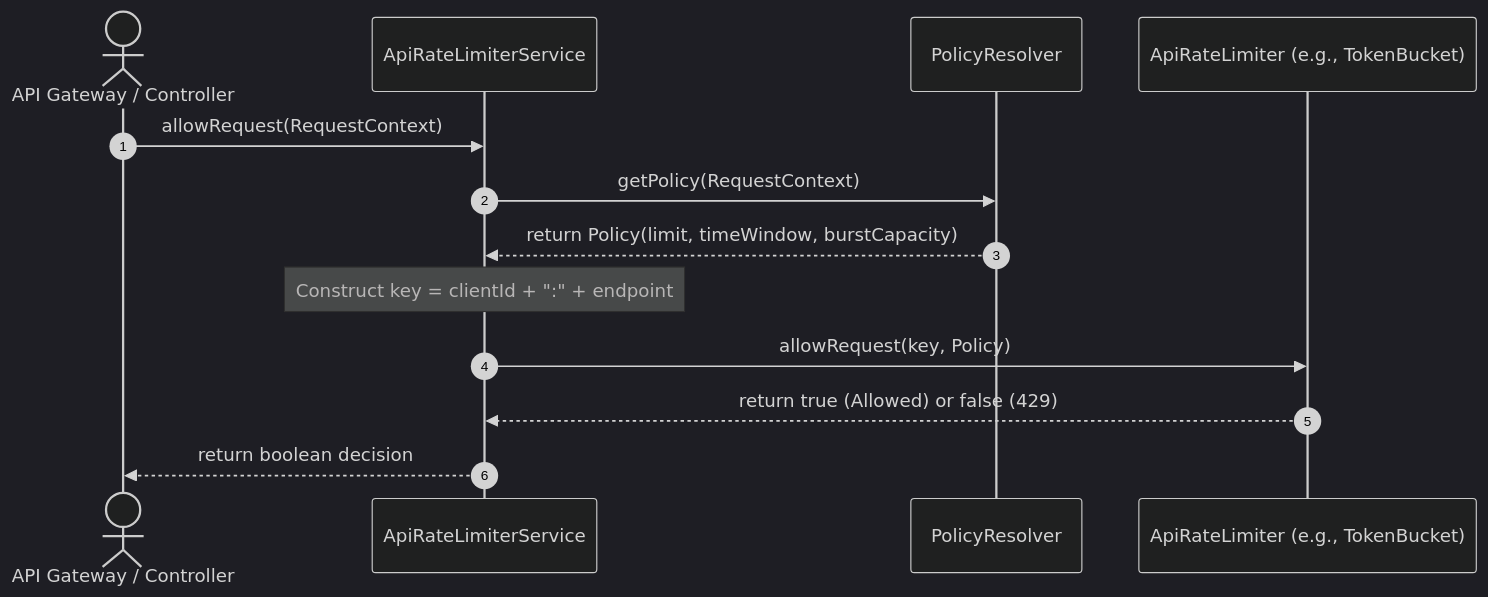
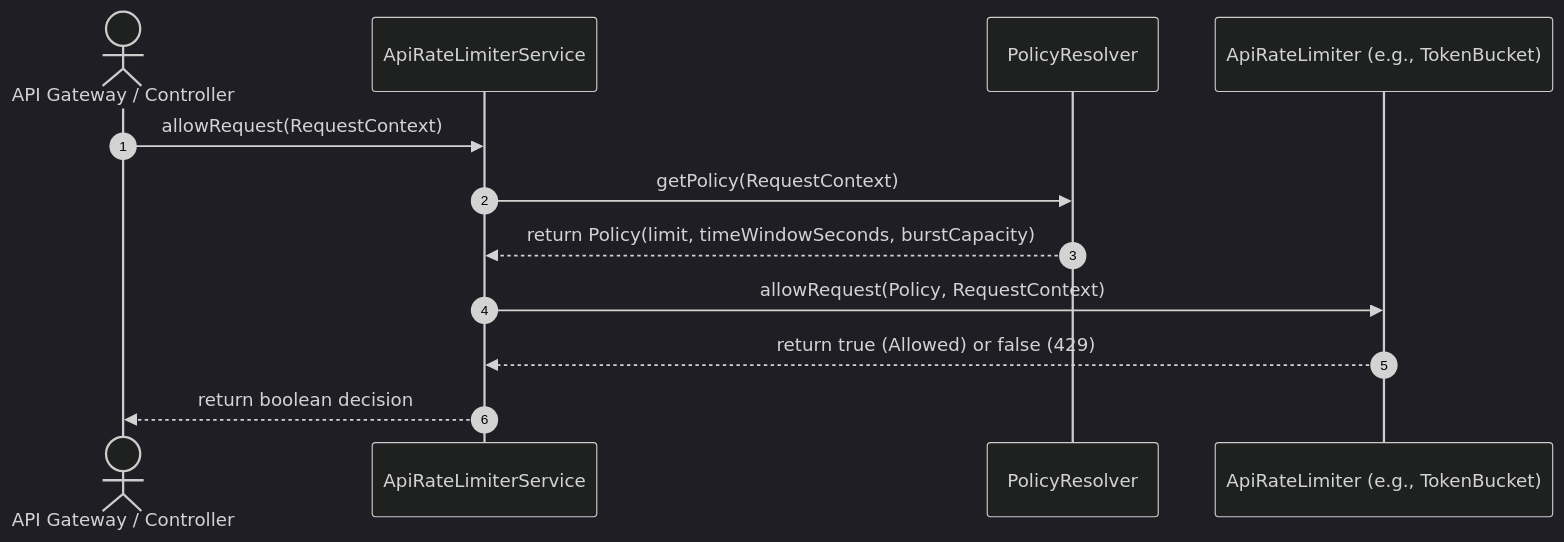
The third of 5 diagrams in api-rate-limiter/api-rate-limiter-lld/README.md (JyotimoyKashyap/system-design-labs), drawn with Mermaid (dark theme) before and after one commit. The commit also changed other lines of this file and 6 other files, not shown here.

````diff
--- a/api-rate-limiter/api-rate-limiter-lld/README.md
+++ b/api-rate-limiter/api-rate-limiter-lld/README.md
@@ -342,16 +360,15 @@
 ```mermaid
 sequenceDiagram
     autonumber
     actor Client as API Gateway / Controller
     participant Service as ApiRateLimiterService
     participant Resolver as PolicyResolver
     participant Limiter as ApiRateLimiter (e.g., TokenBucket)
 
     Client->>Service: allowRequest(RequestContext)
     Service->>Resolver: getPolicy(RequestContext)
-    Resolver-->>Service: return Policy(limit, timeWindow, burstCapacity)
-    Note over Service: Construct key = clientId + ":" + endpoint
-    Service->>Limiter: allowRequest(key, Policy)
+    Resolver-->>Service: return Policy(limit, timeWindowSeconds, burstCapacity)
+    Service->>Limiter: allowRequest(Policy, RequestContext)
     Limiter-->>Service: return true (Allowed) or false (429)
     Service-->>Client: return boolean decision
 ```
````
